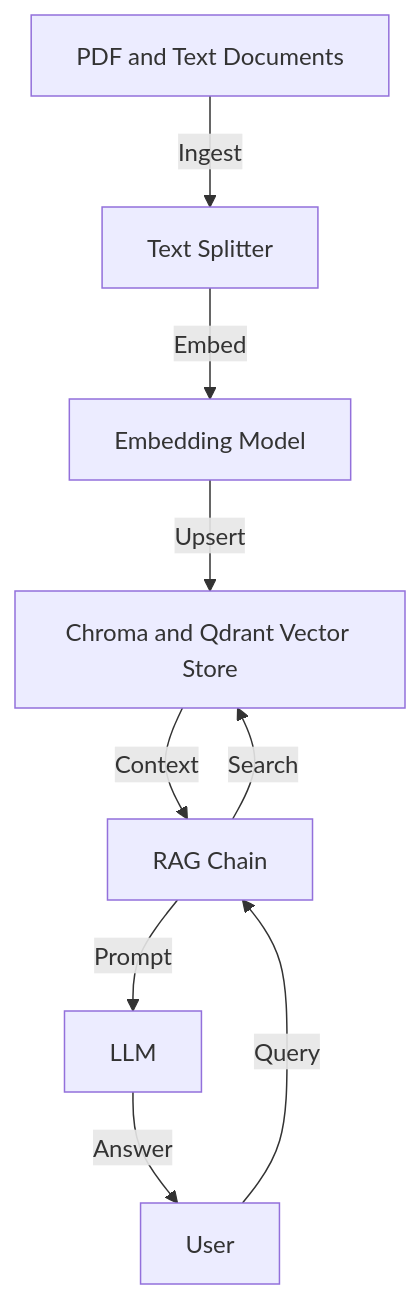
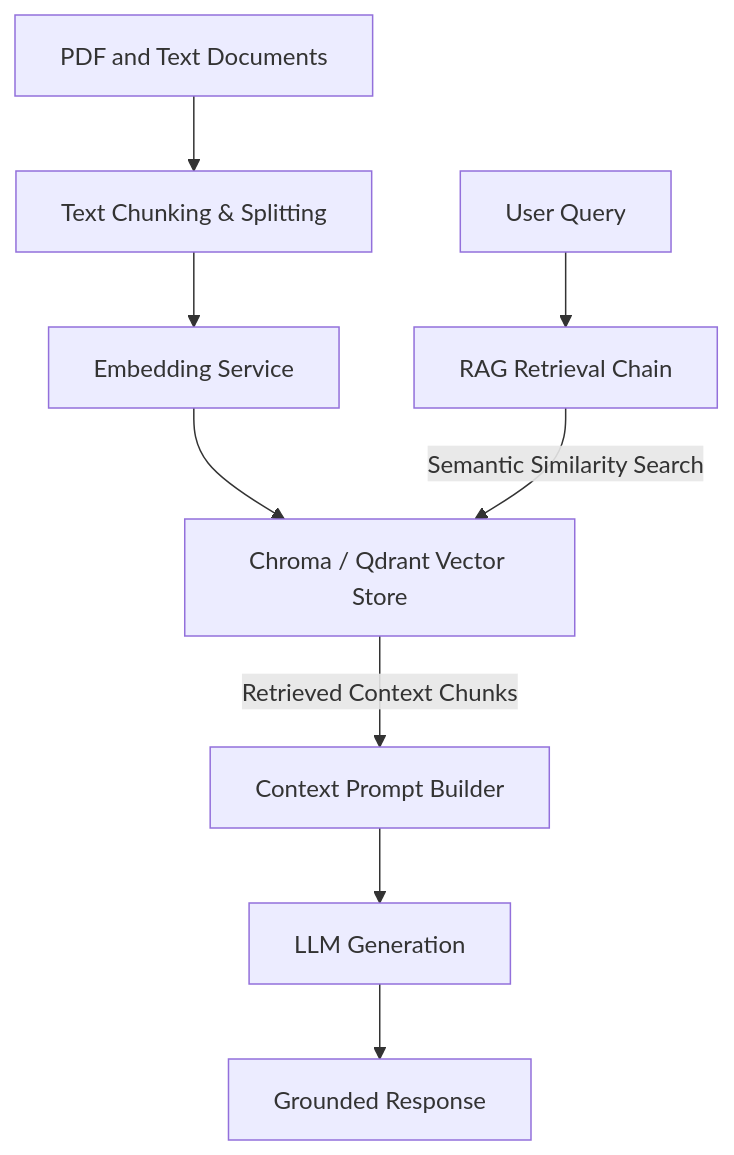
The fourth of 20 diagrams in genai_enterprise_usecases/ARCHITECTURE_GUIDE.md (sricheru/agentic-ai-portfolio), drawn with Mermaid before and after one commit. The commit also changed other lines of this file, not shown here.

Commit message:
fix(mermaid): resolve dagre-d3 edge collision in all 20 diagrams

````diff
--- a/genai_enterprise_usecases/ARCHITECTURE_GUIDE.md
+++ b/genai_enterprise_usecases/ARCHITECTURE_GUIDE.md
@@ -82,11 +83,12 @@
 ```mermaid
 graph TD
-    Docs["PDF and Text Documents"] -->|Ingest| Splitter[Text Splitter]
-    Splitter -->|Embed| Model[Embedding Model]
-    Model -->|Upsert| VectorDB["Chroma and Qdrant Vector Store"]
-    User -->|Query| Chain[RAG Chain]
-    Chain -->|Search| VectorDB
-    VectorDB -->|Context| Chain
-    Chain -->|Prompt| LLM
-    LLM -->|Answer| User
+    Docs["PDF and Text Documents"] --> Ingestion["Text Chunking & Splitting"]
+    Ingestion --> Embedder["Embedding Service"]
+    Embedder --> VectorDB["Chroma / Qdrant Vector Store"]
+
+    User["User Query"] --> QueryEngine["RAG Retrieval Chain"]
+    QueryEngine -->|Semantic Similarity Search| VectorDB
+    VectorDB -->|Retrieved Context Chunks| ContextBuilder["Context Prompt Builder"]
+    ContextBuilder --> LLM["LLM Generation"]
+    LLM --> Answer["Grounded Response"]
 ```
````
